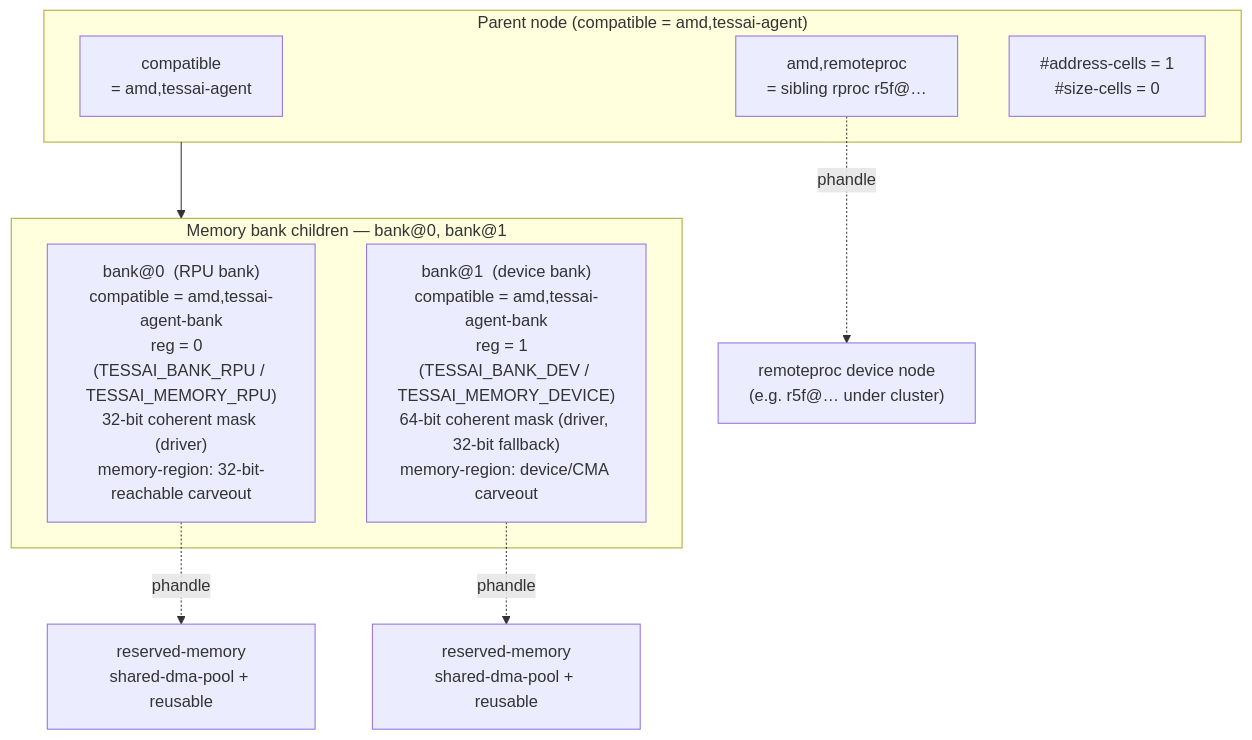
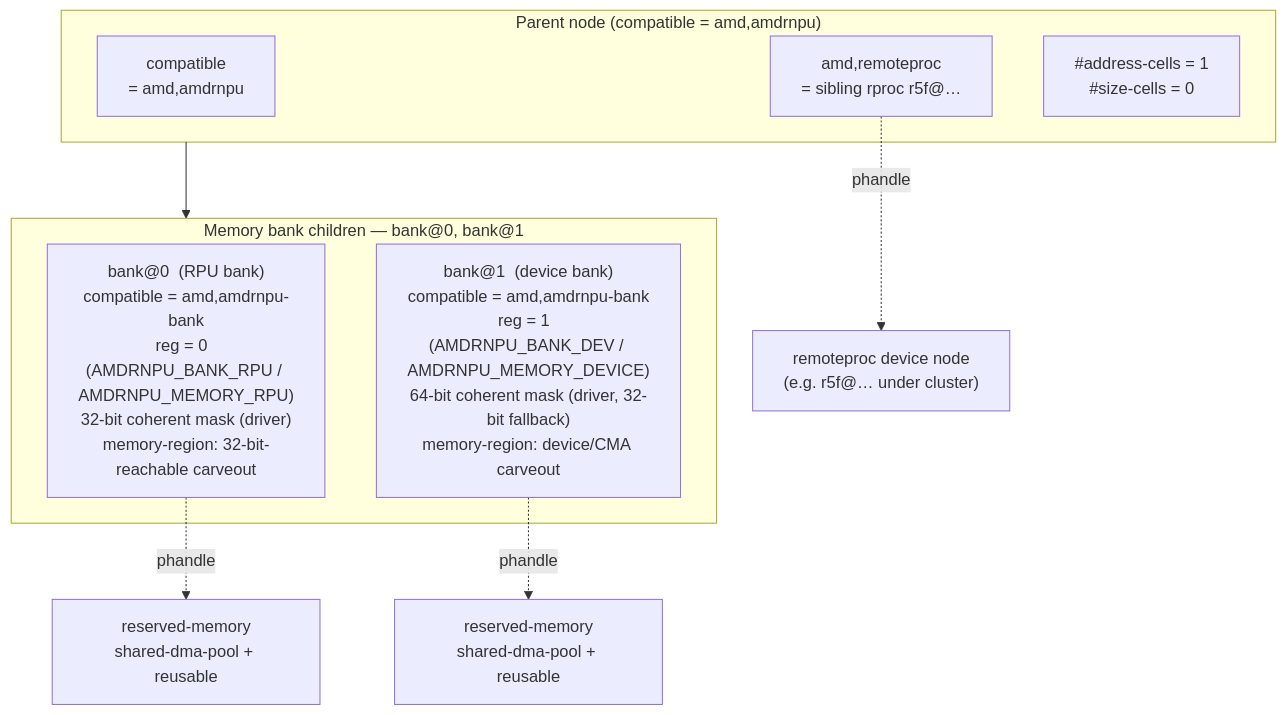
One commit to Xilinx/amdrnpu changed the diagram in docs/devicetree-binding.md. Above: the diagram before and after it, drawn with Mermaid. The commit also changed other lines of this file and 107 other files, not shown here.

Commit message:
Change all tessai references to amdrnpu

````diff
--- a/docs/devicetree-binding.md
+++ b/docs/devicetree-binding.md
@@ -13,18 +13,18 @@
 ```mermaid
 flowchart TB
-    subgraph TOP["Parent node (compatible = amd,tessai-agent)"]
-        P_COMPAT["compatible<br/>= amd,tessai-agent"]
+    subgraph TOP["Parent node (compatible = amd,amdrnpu)"]
+        P_COMPAT["compatible<br/>= amd,amdrnpu"]
         P_RPROC["amd,remoteproc<br/>= sibling rproc r5f@…"]
         P_AC["#address-cells = 1<br/>#size-cells = 0"]
     end
 
     subgraph CHILDREN["Memory bank children — bank@0, bank@1"]
-        B0["bank@0  (RPU bank)<br/>compatible = amd,tessai-agent-bank<br/>reg = 0  (TESSAI_BANK_RPU / TESSAI_MEMORY_RPU)<br/>32-bit coherent mask (driver)<br/>memory-region: 32-bit-reachable carveout"]
-        B1["bank@1  (device bank)<br/>compatible = amd,tessai-agent-bank<br/>reg = 1  (TESSAI_BANK_DEV / TESSAI_MEMORY_DEVICE)<br/>64-bit coherent mask (driver, 32-bit fallback)<br/>memory-region: device/CMA carveout"]
+        B0["bank@0  (RPU bank)<br/>compatible = amd,amdrnpu-bank<br/>reg = 0  (AMDRNPU_BANK_RPU / AMDRNPU_MEMORY_RPU)<br/>32-bit coherent mask (driver)<br/>memory-region: 32-bit-reachable carveout"]
+        B1["bank@1  (device bank)<br/>compatible = amd,amdrnpu-bank<br/>reg = 1  (AMDRNPU_BANK_DEV / AMDRNPU_MEMORY_DEVICE)<br/>64-bit coherent mask (driver, 32-bit fallback)<br/>memory-region: device/CMA carveout"]
     end
 
     TOP --> CHILDREN
     P_RPROC -. phandle .-> RPROC["remoteproc device node<br/>(e.g. r5f@… under cluster)"]
     B0 -. phandle .-> POOL_RPU["reserved-memory<br/>shared-dma-pool + reusable"]
     B1 -. phandle .-> POOL_DEV["reserved-memory<br/>shared-dma-pool + reusable"]
 ```
````
